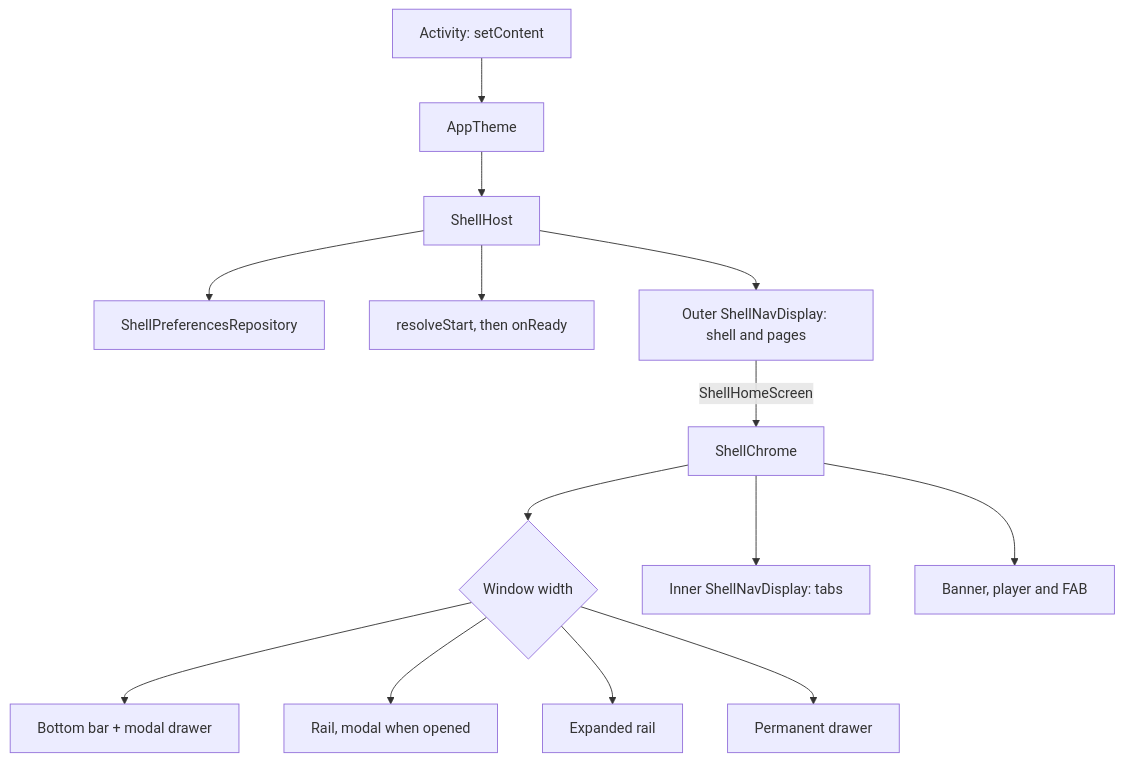
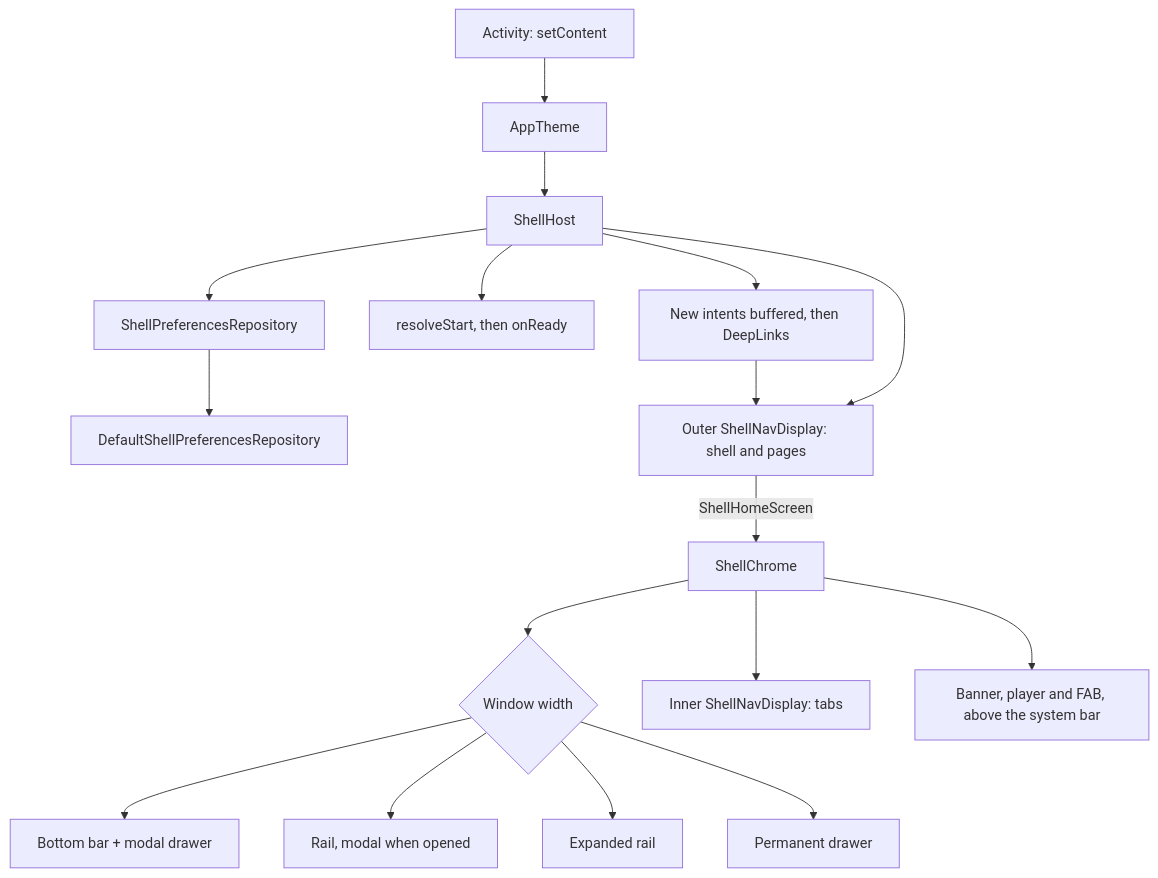
The diagram in library/shell/README.md (MihaiCristianCondrea/App-Toolkit-for-Android), drawn with Mermaid before and after one commit. The commit also changed other lines of this file and 43 other files, not shown here.

````diff
--- a/library/shell/README.md
+++ b/library/shell/README.md
@@ -73,16 +82,19 @@
 ```mermaid
 flowchart TD
     App[Activity: setContent] --> Theme[AppTheme]
     Theme --> Host[ShellHost]
     Host --> Prefs[ShellPreferencesRepository]
+    Prefs --> Store[DefaultShellPreferencesRepository]
     Host --> Start[resolveStart, then onReady]
+    Host --> Links[New intents buffered, then DeepLinks]
+    Links --> Outer
     Host --> Outer[Outer ShellNavDisplay: shell and pages]
     Outer -->|ShellHomeScreen| Chrome[ShellChrome]
     Chrome --> Layout{Window width}
     Layout --> Bar[Bottom bar + modal drawer]
     Layout --> Rail[Rail, modal when opened]
     Layout --> Expanded[Expanded rail]
     Layout --> Drawer[Permanent drawer]
     Chrome --> Inner[Inner ShellNavDisplay: tabs]
-    Chrome --> Bottom[Banner, player and FAB]
+    Chrome --> Bottom[Banner, player and FAB, above the system bar]
 ```
````
